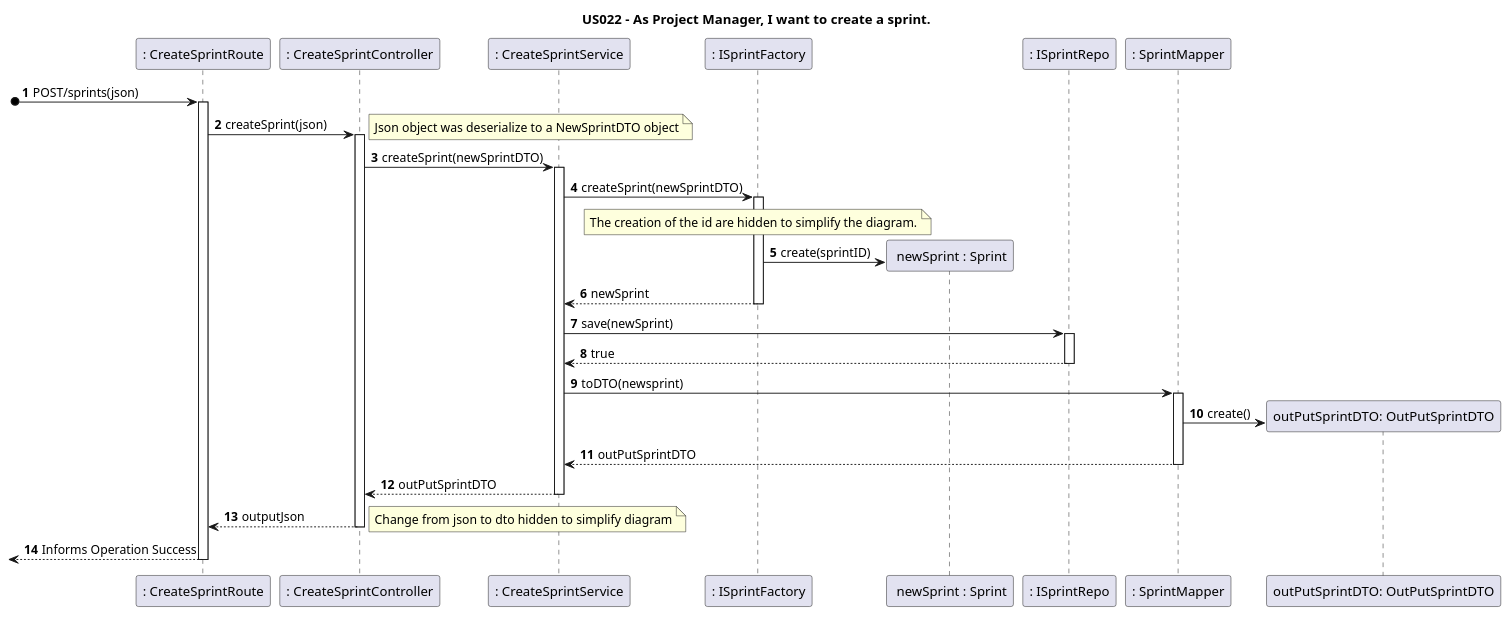
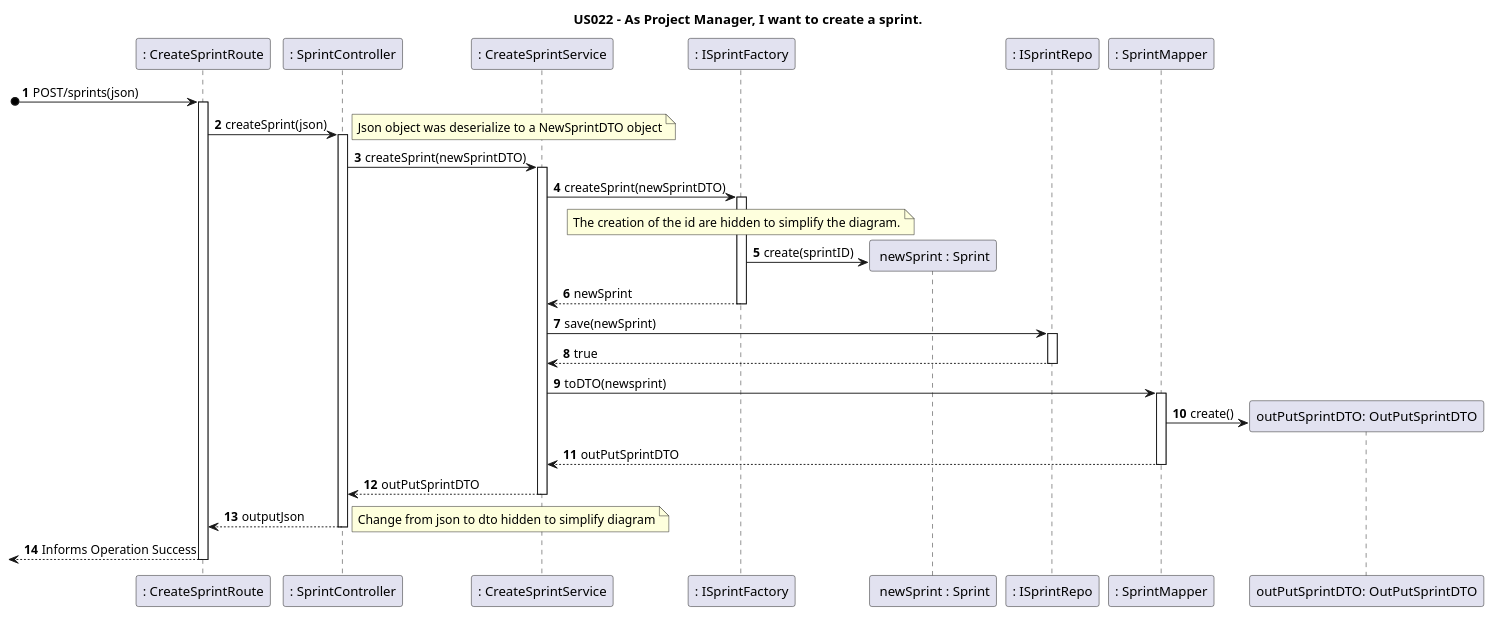
The diagram in docs/Sprint2/US022/US022-SD.puml (nunogon1211787/projectManagement), drawn with PlantUML before and after one commit. The commit also changed 6 other files, not shown here.

```diff
--- a/docs/Sprint2/US022/US022-SD.puml
+++ b/docs/Sprint2/US022/US022-SD.puml
@@ -1,39 +1,39 @@
 @startuml
 
 title US022 - As Project Manager, I want to create a sprint.
 
 autoactivate on
 autonumber
 
 participant ": CreateSprintRoute" as UI
-participant ": CreateSprintController" as Ctrl
+participant ": SprintController" as Ctrl
 participant ": CreateSprintService" as createSprintService
 participant ": ISprintFactory" as sprintFactory
 participant " newSprint : Sprint" as sprint
 participant ": ISprintRepo" as sprintRepo
 participant ": SprintMapper" as sprintMapper
 participant "outPutSprintDTO: OutPutSprintDTO" as outPutSprintDTO
 
 
 [o-> UI: POST/sprints(json)
 UI -> Ctrl: createSprint(json)
 note right
 Json object was deserialize to a NewSprintDTO object
 end note
 Ctrl -> createSprintService: createSprint(newSprintDTO)
 createSprintService -> sprintFactory: createSprint(newSprintDTO)
 note over sprintFactory : The creation of the id are hidden to simplify the diagram.
 sprintFactory -> sprint**: create(sprintID)
 sprintFactory --> createSprintService: newSprint
 createSprintService -> sprintRepo: save(newSprint)
 sprintRepo --> createSprintService: true
 createSprintService -> sprintMapper: toDTO(newsprint)
 sprintMapper -> outPutSprintDTO**: create()
 sprintMapper --> createSprintService: outPutSprintDTO
 createSprintService --> Ctrl: outPutSprintDTO
 Ctrl --> UI: outputJson
 note right
 Change from json to dto hidden to simplify diagram
 end note
 [<--UI : Informs Operation Success
 @enduml
```
